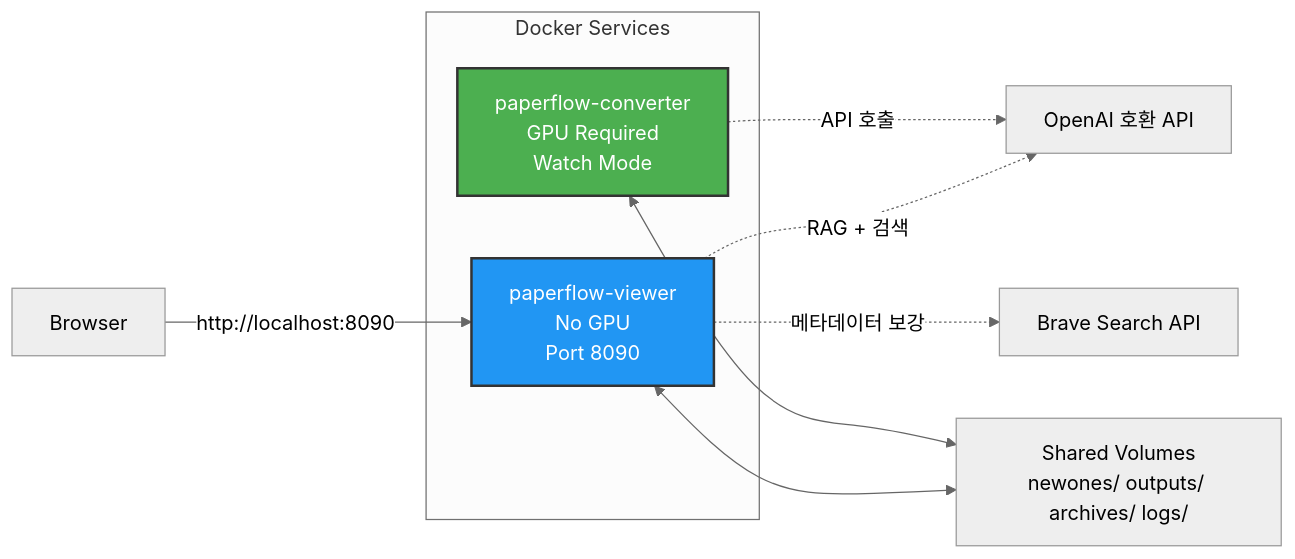
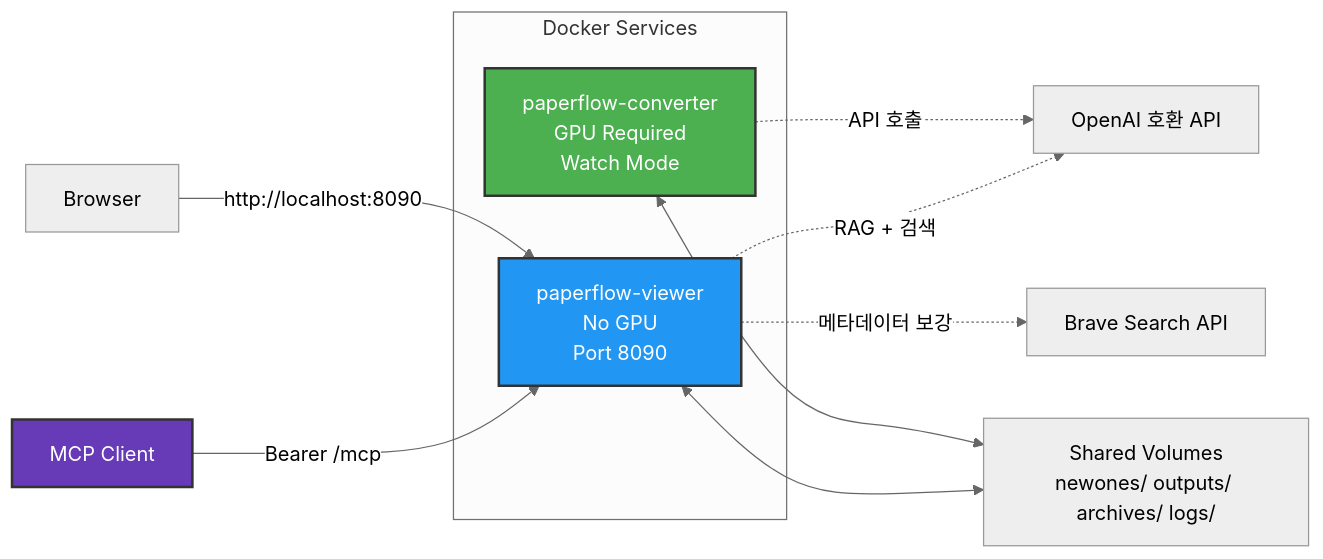
The sixth of 6 diagrams in README.md (restful3/paperflow), drawn with Mermaid (neutral theme) before and after one commit. The commit also changed other lines of this file and 4 other files, not shown here.

````diff
--- a/README.md
+++ b/README.md
@@ -694,22 +856,25 @@
 ```mermaid
 graph LR
     subgraph "Docker Services"
         Conv[paperflow-converter<br/>GPU Required<br/>Watch Mode]
         View[paperflow-viewer<br/>No GPU<br/>Port 8090]
     end
 
     Vols[Shared Volumes<br/>newones/ outputs/ archives/ logs/]
     API[OpenAI 호환 API]
     Brave[Brave Search API]
+    Agent[MCP Client]
 
     Conv -.->|API 호출| API
     View -.->|RAG + 검색| API
     View -.->|메타데이터 보강| Brave
     Conv <--> Vols
     View <--> Vols
 
     Browser[Browser] -->|http://localhost:8090| View
+    Agent -->|Bearer /mcp| View
 
     style Conv fill:#4CAF50,stroke:#333,stroke-width:2px,color:#fff
     style View fill:#2196F3,stroke:#333,stroke-width:2px,color:#fff
+    style Agent fill:#673AB7,stroke:#333,stroke-width:2px,color:#fff
 ```
````
